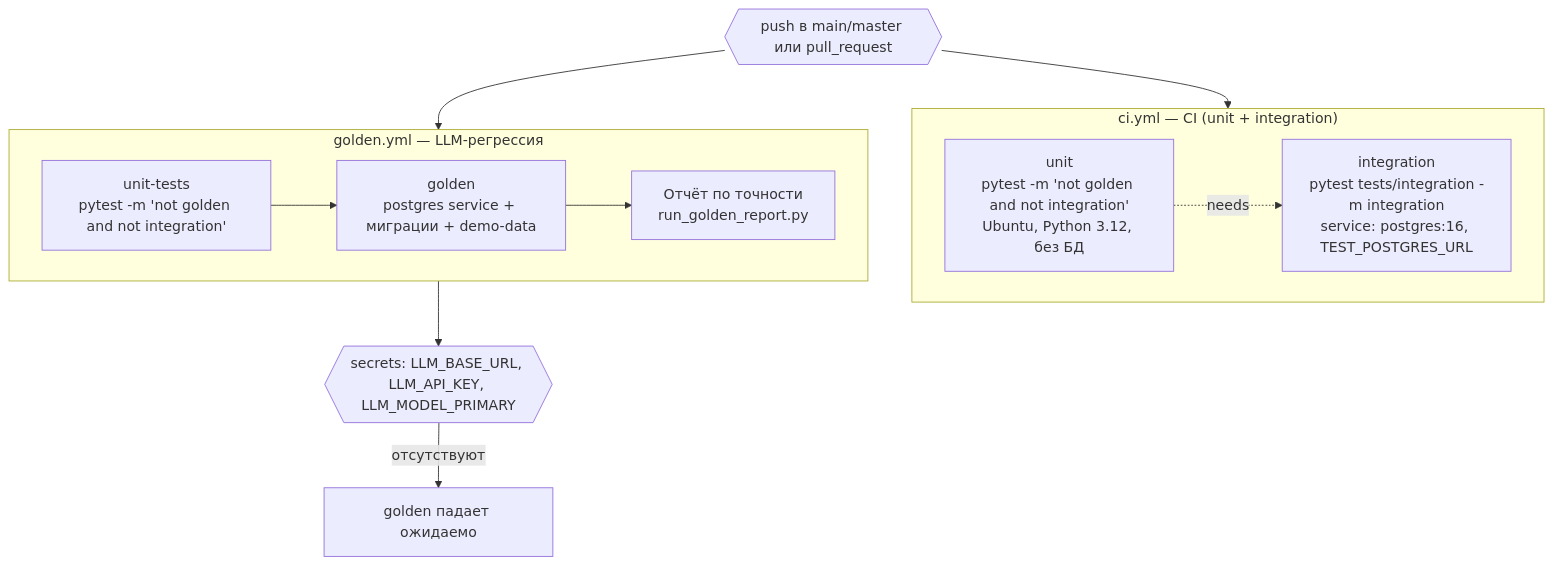
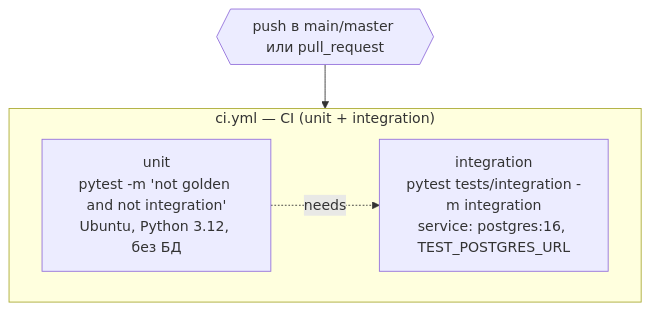
One commit to kostIT13/EVRAZ_ExcelAgent changed the sixth of 6 diagrams in README.md. Above: the diagram before and after it, drawn with Mermaid. The commit also changed other lines of this file and 6 other files, not shown here.

````diff
--- a/README.md
+++ b/README.md
@@ -724,25 +723,11 @@
 ```mermaid
 flowchart TD
     TRIGGER{{"push в main/master или pull_request"}} --> CI
 
     subgraph CI ["ci.yml — CI (unit + integration)"]
         U[unit<br/>pytest -m 'not golden and not integration'<br/>Ubuntu, Python 3.12, без БД]
         I[integration<br/>pytest tests/integration -m integration<br/>service: postgres:16, TEST_POSTGRES_URL]
     end
 
-    TRIGGER --> GOLD
-
     U -. "needs" .-> I
-
-    subgraph GOLD ["golden.yml — LLM-регрессия"]
-        U2[unit-tests<br/>pytest -m 'not golden and not integration']
-        G[golden<br/>postgres service + миграции + demo-data]
-        G2[Отчёт по точности<br/>run_golden_report.py]
-    end
-
-    GOLD --> SEC{{secrets: LLM_BASE_URL, LLM_API_KEY, LLM_MODEL_PRIMARY}}
-    SEC -- отсутствуют --> GFALL[golden падает ожидаемо]
-
-    U2 --> G
-    G --> G2
 ```
````
